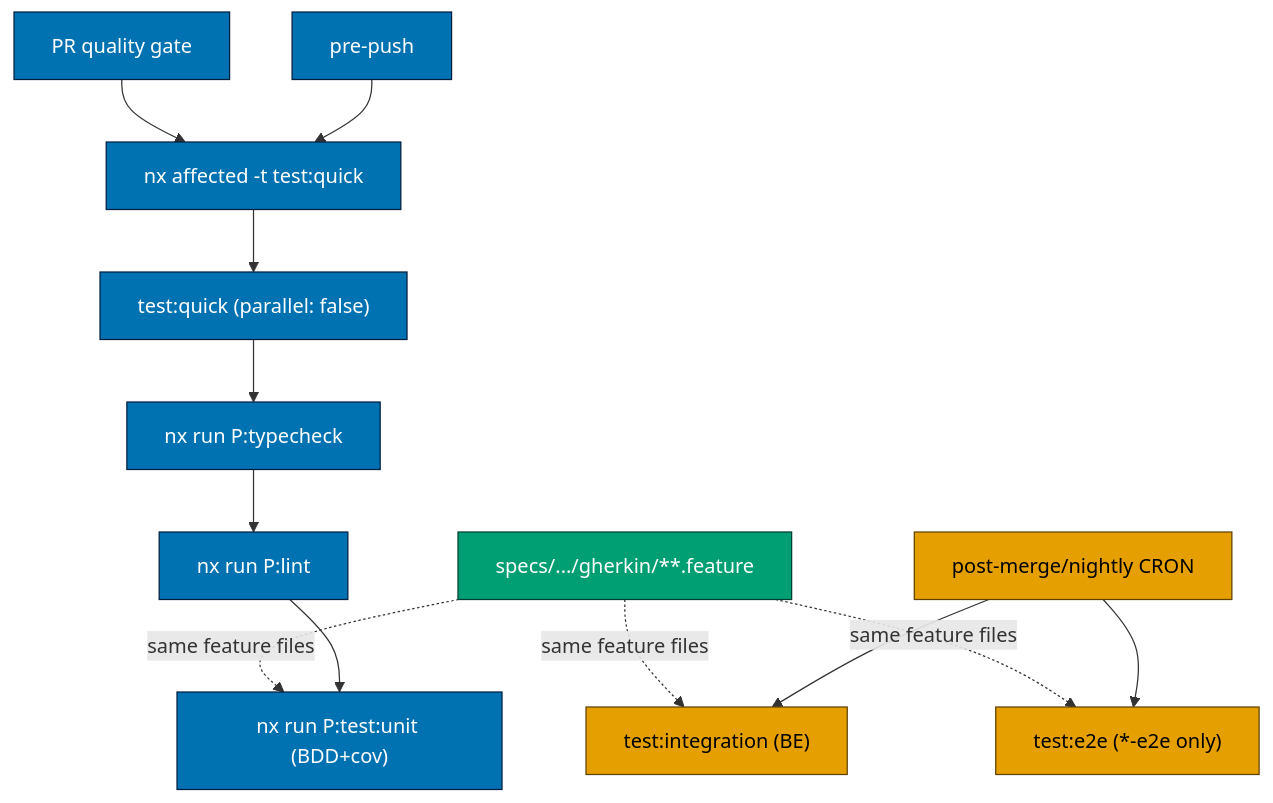
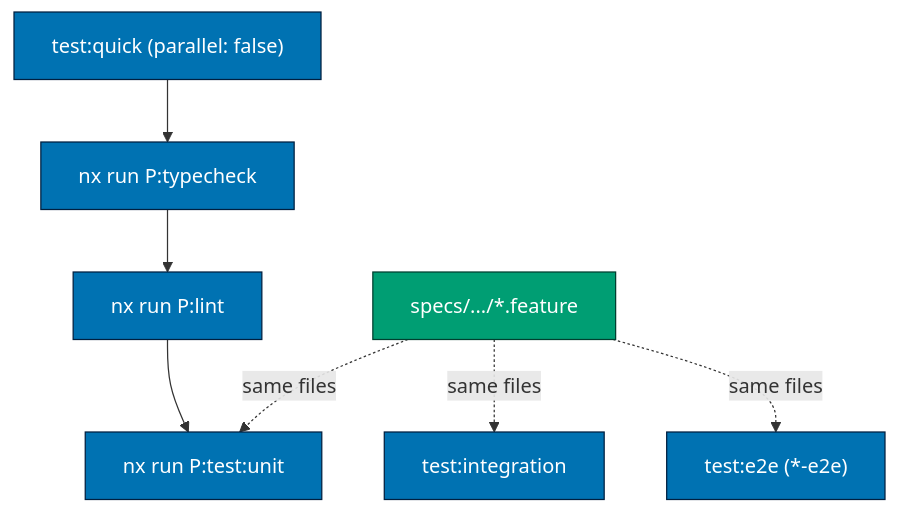
The first of 8 diagrams in plans/in-progress/standardize-rhino-cli-sdlc-parity/tech-docs.md (wahidyankf/baseerah), drawn with Mermaid before and after one commit. The commit also changed other lines of this file and 4 other files, not shown here.

First line of the commit message:
docs(plans): refine SDLC parity plan — command tables, CRON-only heavy tests, direct formatters

````diff
--- a/plans/in-progress/standardize-rhino-cli-sdlc-parity/tech-docs.md
+++ b/plans/in-progress/standardize-rhino-cli-sdlc-parity/tech-docs.md
@@ -199,21 +197,14 @@
 ```mermaid
 flowchart TD
     Q["test:quick (parallel: false)"] --> Q1[nx run P:typecheck]
     Q1 --> Q2[nx run P:lint]
-    Q2 --> Q3["nx run P:test:unit (BDD+cov)"]
-    PP[pre-push] --> G["nx affected -t test:quick"]
-    PR[PR quality gate] --> G
-    G --> Q
-    POST["post-merge/nightly CRON"] --> INT["test:integration (BE)"]
-    POST --> E2E["test:e2e (*-e2e only)"]
-    F["specs/.../gherkin/**.feature"] -.same feature files.-> Q3
-    F -.same feature files.-> INT
-    F -.same feature files.-> E2E
+    Q2 --> Q3["nx run P:test:unit"]
+    F["specs/.../*.feature"] -.same files.-> Q3
+    F -.same files.-> INT["test:integration"]
+    F -.same files.-> E2E["test:e2e (*-e2e)"]
 
-    classDef gate fill:#0072B2,color:#ffffff,stroke:#001f3f
-    classDef cron fill:#E69F00,color:#000000,stroke:#5f4200
+    classDef comp fill:#0072B2,color:#ffffff,stroke:#001f3f
     classDef spec fill:#009E73,color:#ffffff,stroke:#003f2f
-    class PP,PR,G,Q,Q1,Q2,Q3 gate
-    class POST,INT,E2E cron
+    class Q,Q1,Q2,Q3,INT,E2E comp
     class F spec
 ```
````
